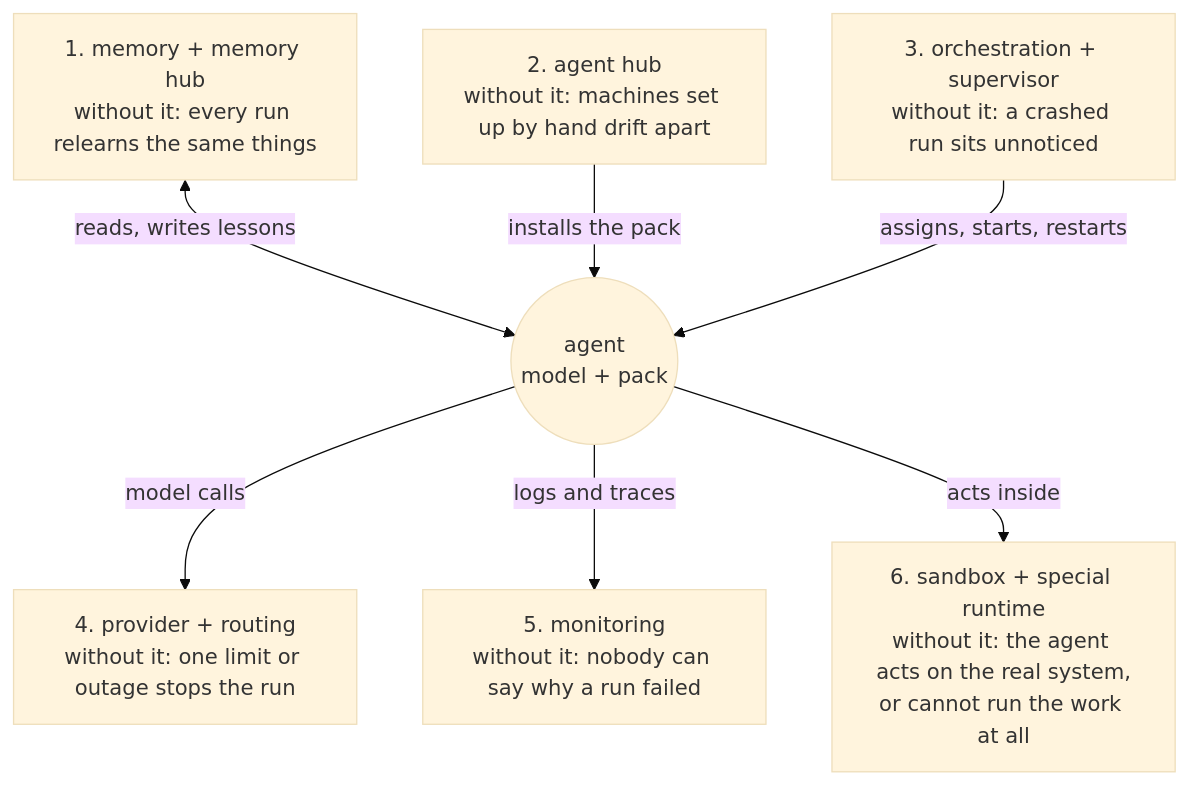
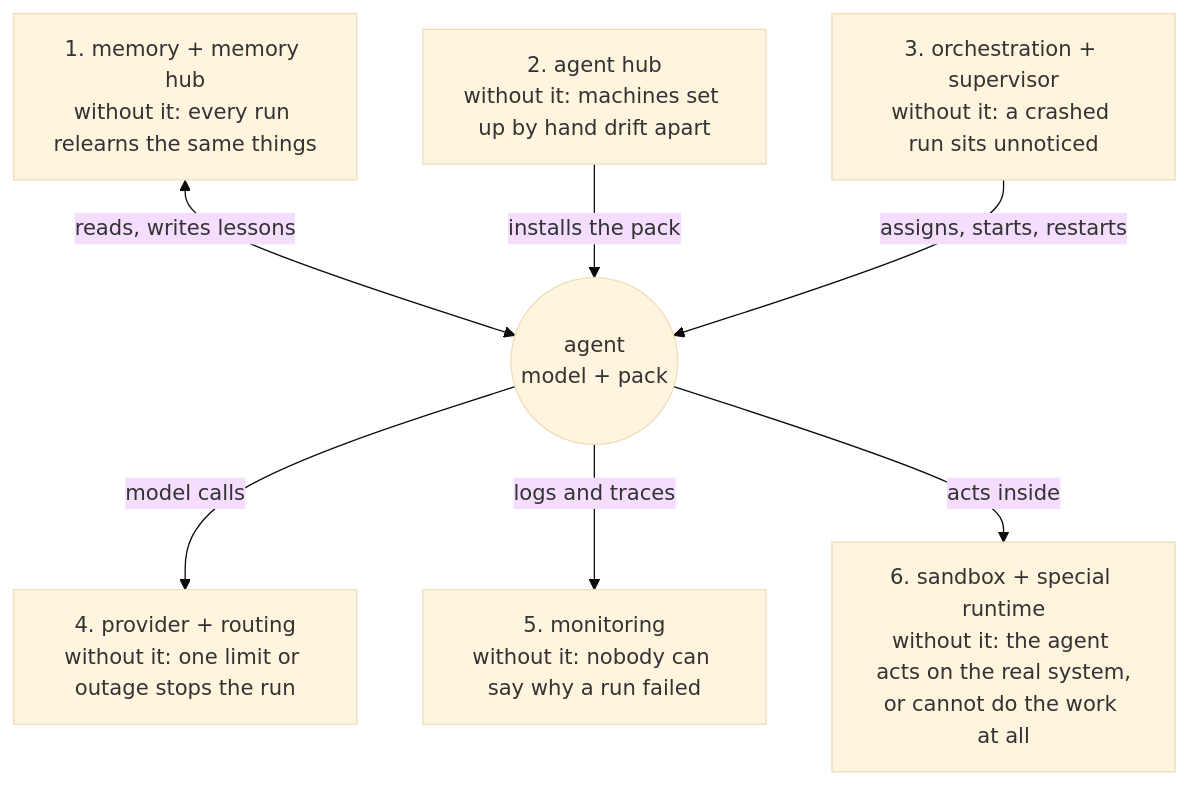
Before and after one commit to locchh/blogs: the first of 2 diagrams in src/content/blog/morden_ai_agent_system.md, drawn with Mermaid (base theme). The commit also changed other lines of this file, not shown here.

First line of the commit message:
docs(blog): align the runtime wording across the agent system post

````diff
--- a/src/content/blog/morden_ai_agent_system.md
+++ b/src/content/blog/morden_ai_agent_system.md
@@ -15,16 +15,16 @@
 ```mermaid
 flowchart TB
   MEM["1. memory + memory hub<br/>without it: every run relearns the same things"]
   HUBA["2. agent hub<br/>without it: machines set up by hand drift apart"]
   ORC["3. orchestration + supervisor<br/>without it: a crashed run sits unnoticed"]
   AG(("agent<br/>model + pack"))
   RT["4. provider + routing<br/>without it: one limit or outage stops the run"]
   MON["5. monitoring<br/>without it: nobody can say why a run failed"]
-  ENV["6. sandbox + special runtime<br/>without it: the agent acts on the real system,<br/>or cannot run the work at all"]
+  ENV["6. sandbox + special runtime<br/>without it: the agent acts on the real system,<br/>or cannot do the work at all"]
   MEM <-->|"reads, writes lessons"| AG
   HUBA -->|"installs the pack"| AG
   ORC -->|"assigns, starts, restarts"| AG
   AG -->|"model calls"| RT
   AG -->|"logs and traces"| MON
   AG -->|"acts inside"| ENV
 ```
````
